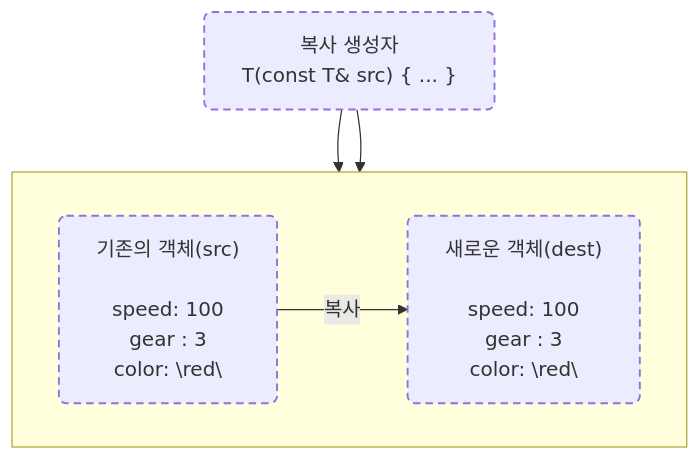
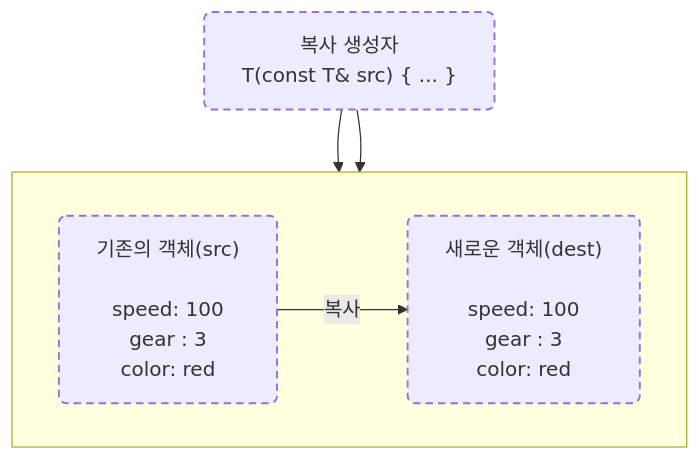
One commit to xmlbuilder/CPlus_Tutorial changed the diagram in 0. C++ 기본과 객체지향 기초/04-copy_constructor_guide.md. Above: the diagram before and after it, drawn with Mermaid.

Commit message:
Fix HTML encoding in copy constructor guide

````diff
--- a/0. C++ 기본과 객체지향 기초/04-copy_constructor_guide.md
+++ b/0. C++ 기본과 객체지향 기초/04-copy_constructor_guide.md
@@ -22,20 +22,20 @@
 ```mermaid
 flowchart TB
   CC["복사 생성자<br/>T(const T& src) { ... }"]
 
   %% 가로 배치 영역
   subgraph row[" "]
     direction LR
-    SRC["기존의 객체(src)<br/><br/>speed: 100<br/>gear : 3<br/>color: \"red\""]
-    DST["새로운 객체(dest)<br/><br/>speed: 100<br/>gear : 3<br/>color: \"red\""]
+    SRC["기존의 객체(src)<br/><br/>speed: 100<br/>gear : 3<br/>color: "red""]
+    DST["새로운 객체(dest)<br/><br/>speed: 100<br/>gear : 3<br/>color: "red""]
   end
 
   CC --> SRC
   CC --> DST
   SRC -->|복사| DST
 
   classDef dashed stroke-dasharray: 6 4, stroke-width:1.5, rx:6, ry:6;
   class CC,SRC,DST dashed;
 
 
 ```
````
